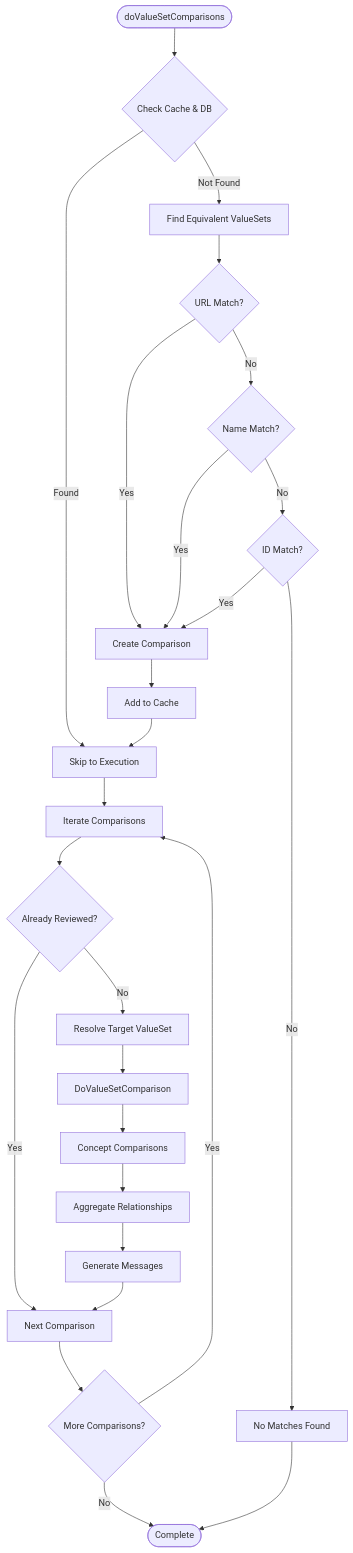
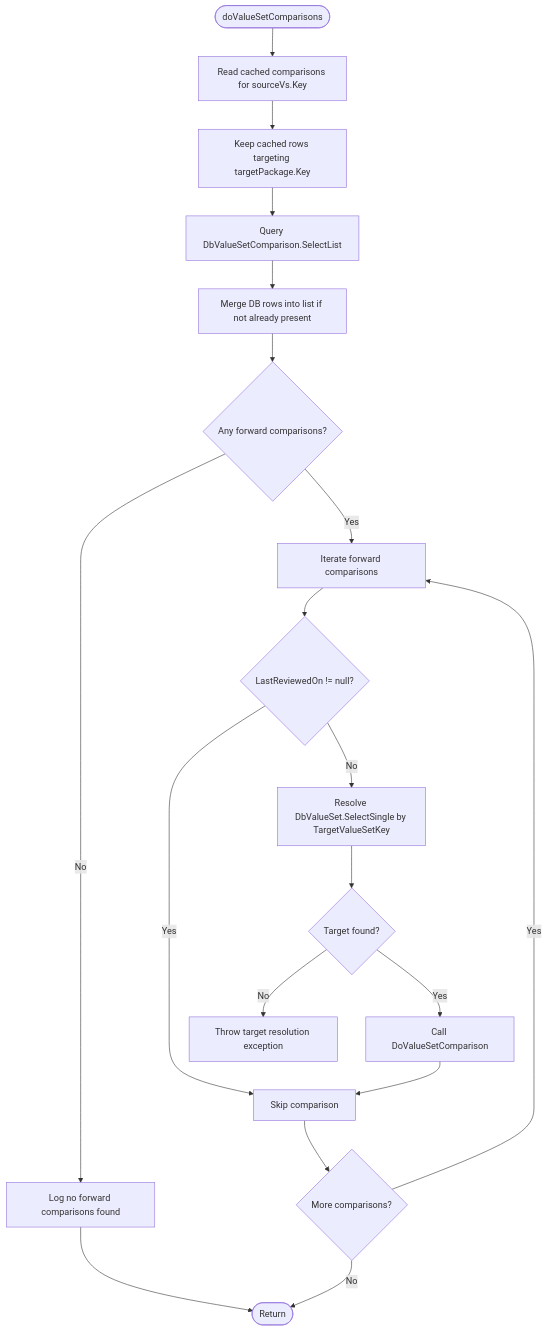
Before and after one commit to FHIR/fhir-codegen: the second of 2 diagrams in docs/specs/fhirdb-comparer-do-valueset.md, drawn with Mermaid. The commit also changed other lines of this file and 4 other files, not shown here.

````diff
--- a/docs/specs/fhirdb-comparer-do-valueset.md
+++ b/docs/specs/fhirdb-comparer-do-valueset.md
@@ -122,34 +123,21 @@
 ```mermaid
 flowchart TD
-    Start([doValueSetComparisons]) --> Cache{Check Cache & DB}
-    Cache -->|Found| Skip[Skip to Execution]
-    Cache -->|Not Found| Match[Find Equivalent ValueSets]
-    
-    Match --> URL{URL Match?}
-    URL -->|Yes| CreateComp[Create Comparison]
-    URL -->|No| Name{Name Match?}
-    Name -->|Yes| CreateComp
-    Name -->|No| ID{ID Match?}
-    ID -->|Yes| CreateComp
-    ID -->|No| NoMatch[No Matches Found]
-    
-    CreateComp --> AddCache[Add to Cache]
-    AddCache --> Skip
-    
-    Skip --> Iterate[Iterate Comparisons]
-    Iterate --> Reviewed{Already Reviewed?}
-    Reviewed -->|Yes| Next[Next Comparison]
-    Reviewed -->|No| Resolve[Resolve Target ValueSet]
-    
-    Resolve --> DoComparison[DoValueSetComparison]
-    DoComparison --> ConceptComp[Concept Comparisons]
-    ConceptComp --> Relationships[Aggregate Relationships]
-    Relationships --> Messages[Generate Messages]
-    Messages --> Next
-    
-    Next --> More{More Comparisons?}
+    Start([doValueSetComparisons]) --> Cache[Read cached comparisons for sourceVs.Key]
+    Cache --> Filter[Keep cached rows targeting targetPackage.Key]
+    Filter --> DbQuery[Query DbValueSetComparison.SelectList]
+    DbQuery --> Merge[Merge DB rows into list if not already present]
+    Merge --> Any{Any forward comparisons?}
+    Any -->|No| Log[Log no forward comparisons found]
+    Log --> End([Return])
+    Any -->|Yes| Iterate[Iterate forward comparisons]
+    Iterate --> Reviewed{LastReviewedOn != null?}
+    Reviewed -->|Yes| Next[Skip comparison]
+    Reviewed -->|No| Resolve[Resolve DbValueSet.SelectSingle by TargetValueSetKey]
+    Resolve --> Found{Target found?}
+    Found -->|No| Throw[Throw target resolution exception]
+    Found -->|Yes| Compare[Call DoValueSetComparison]
+    Compare --> Next
+    Next --> More{More comparisons?}
     More -->|Yes| Iterate
-    More -->|No| End([Complete])
-    
-    NoMatch --> End
+    More -->|No| End
 ```
````
